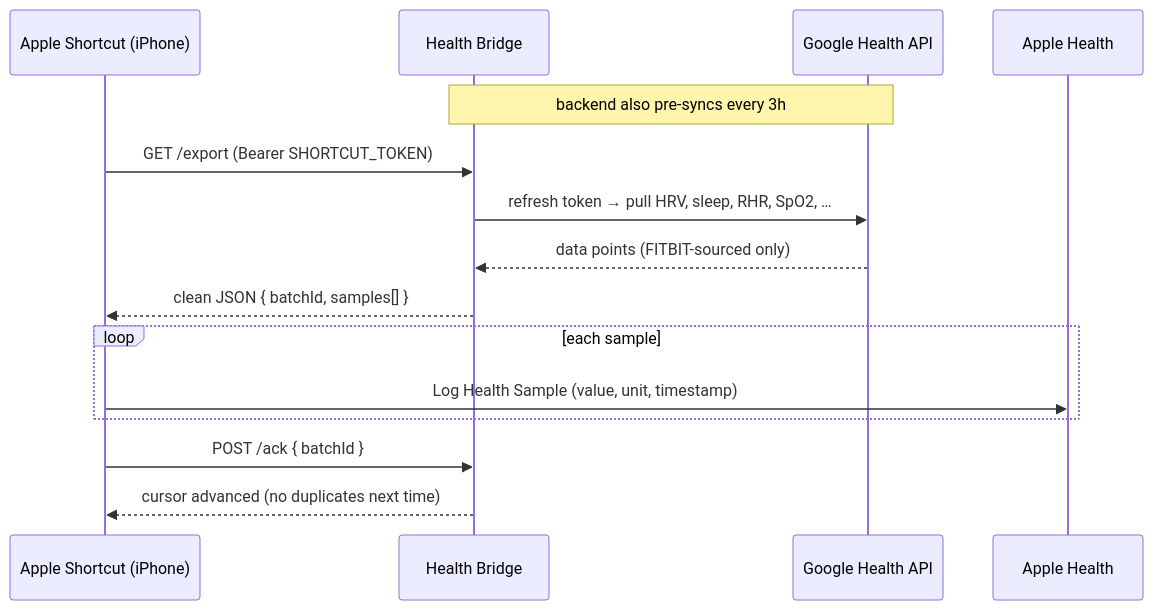
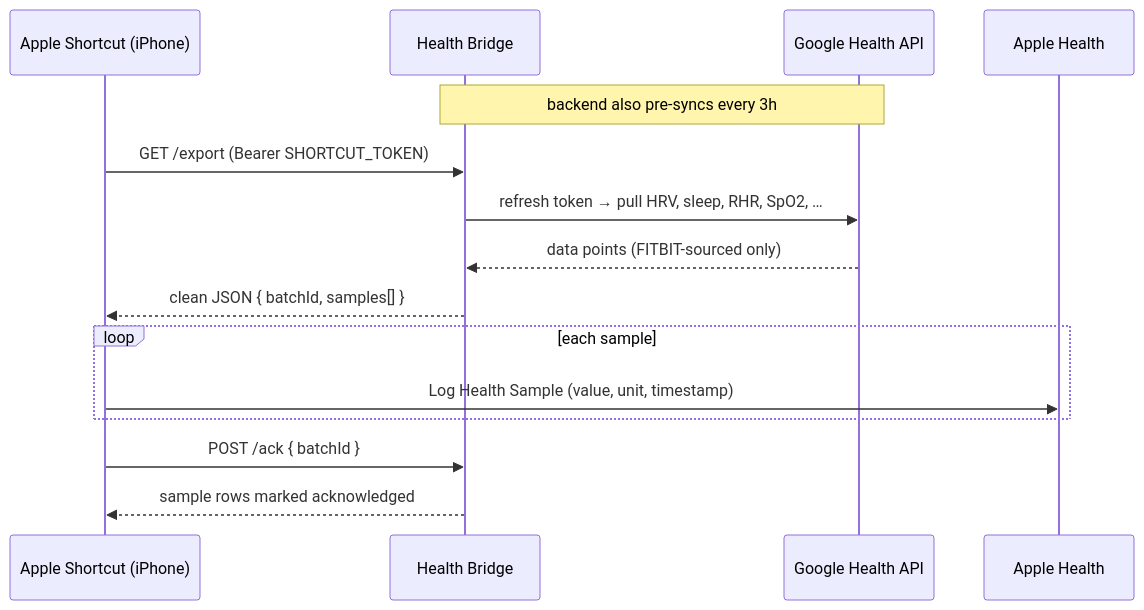
One commit to rowesk/health-bridge changed the second of 2 diagrams in README.md. Above: the diagram before and after it, drawn with Mermaid. The commit also changed other lines of this file and 7 other files, not shown here.

````diff
--- a/README.md
+++ b/README.md
@@ -43,18 +43,18 @@
 ```mermaid
 sequenceDiagram
     participant S as Apple Shortcut (iPhone)
     participant B as Health Bridge
     participant G as Google Health API
     participant H as Apple Health
 
     Note over B,G: backend also pre-syncs every 3h
     S->>B: GET /export  (Bearer SHORTCUT_TOKEN)
     B->>G: refresh token → pull HRV, sleep, RHR, SpO2, …
     G-->>B: data points (FITBIT-sourced only)
     B-->>S: clean JSON { batchId, samples[] }
     loop each sample
         S->>H: Log Health Sample (value, unit, timestamp)
     end
     S->>B: POST /ack { batchId }
-    B-->>S: cursor advanced (no duplicates next time)
+    B-->>S: sample rows marked acknowledged
 ```
````
